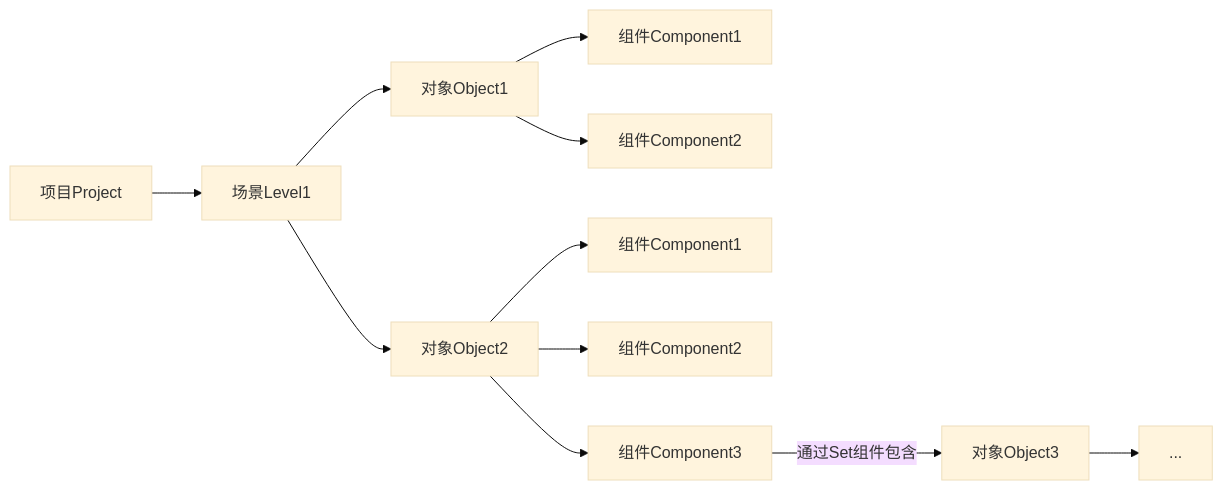
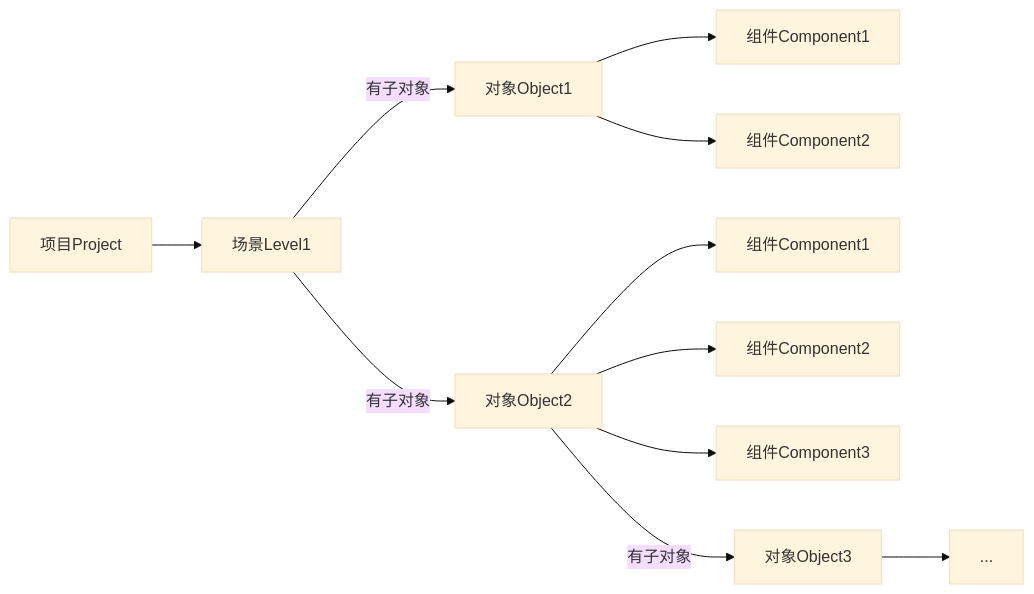
Before and after one commit to 1198635429/OFGal_Engine: the first of 2 diagrams in docs/场景Json数据结构.md, drawn with Mermaid (base theme). The commit also changed other lines of this file and 7 other files, not shown here.

````diff
--- a/docs/场景Json数据结构.md
+++ b/docs/场景Json数据结构.md
@@ -6,13 +6,13 @@
 ```mermaid
 graph LR;
 Z[项目Project]-->A[场景Level1]
-A[场景Level1]-->B[对象Object1]
-A[场景Level1]-->D[对象Object2]
+A[场景Level1]-->|有子对象|B[对象Object1]
+A[场景Level1]-->|有子对象|D[对象Object2]
 B[对象Object1]-->C[组件Component1]
 B[对象Object1]-->E[组件Component2]
 D[对象Object2]-->F[组件Component1]
 D[对象Object2]-->G[组件Component2]
 D[对象Object2]-->H[组件Component3]
-H[组件Component3]-->|通过Set组件包含|I[对象Object3]
+D[对象Object2]-->|有子对象|I[对象Object3]
 I[对象Object3]-->J[...]
 ```
````
